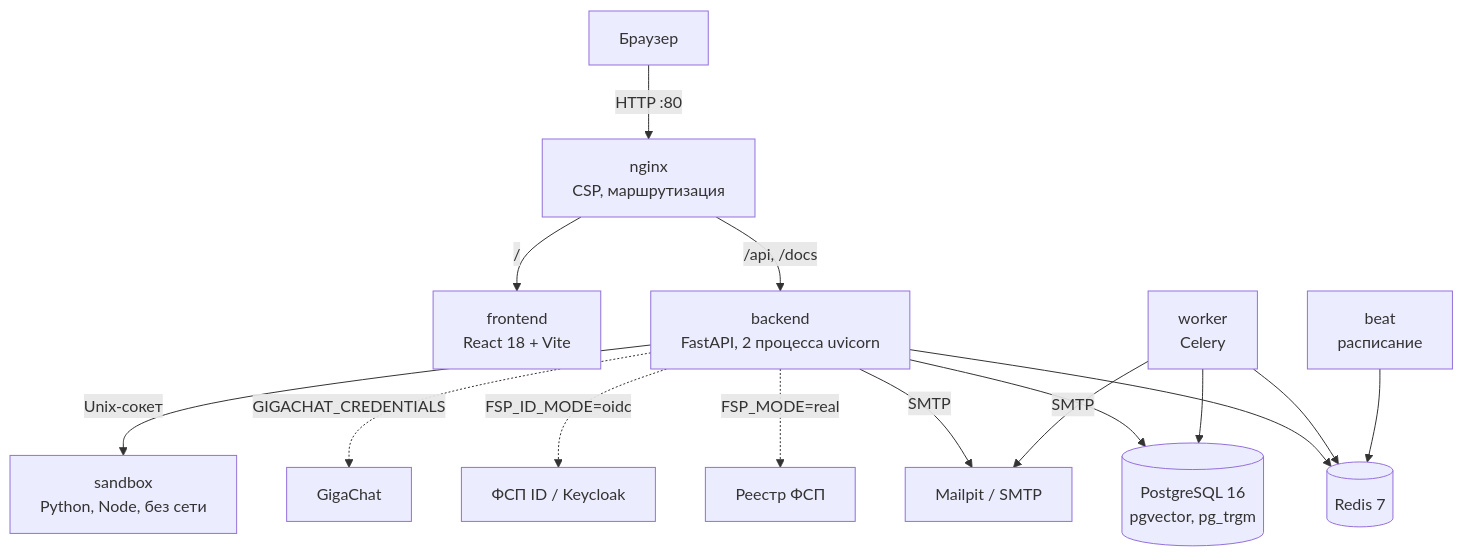
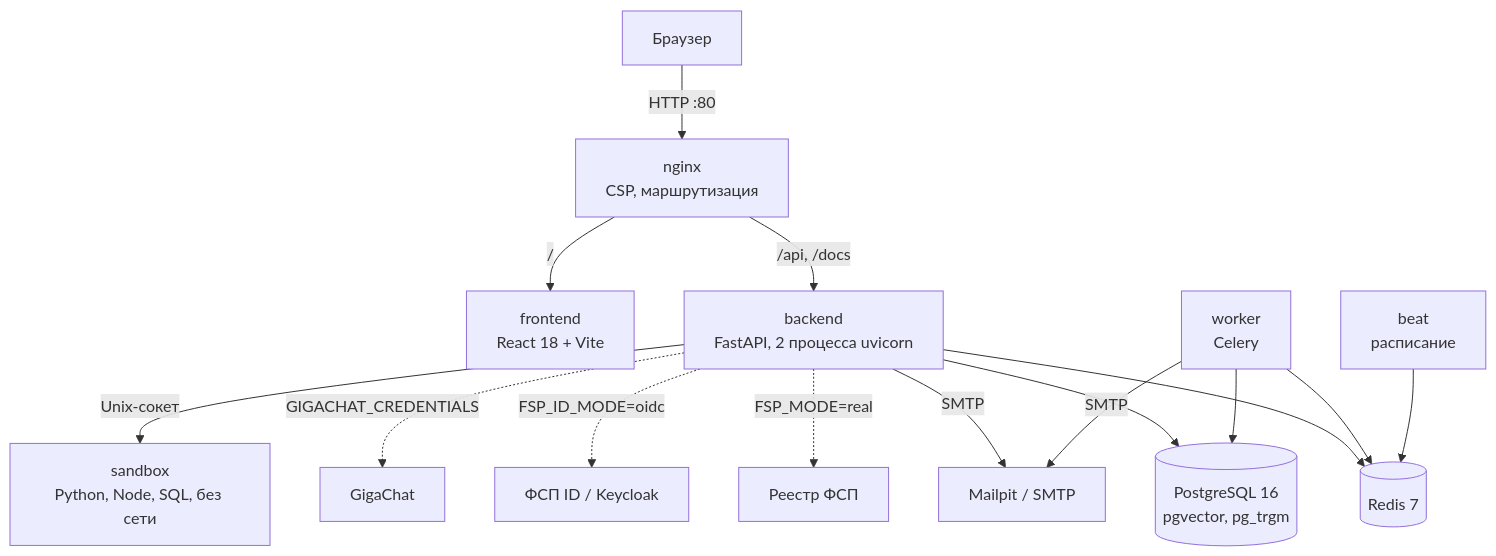
One commit to KonkovDV/fsp-talent changed the second of 2 diagrams in docs/SOLUTION.md. Above: the diagram before and after it, drawn with Mermaid. The commit also changed other lines of this file and 6 other files, not shown here.

First line of the commit message:
Запускать один SELECT в песочнице без сети

````diff
--- a/docs/SOLUTION.md
+++ b/docs/SOLUTION.md
@@ -65,17 +65,17 @@
 ```mermaid
 flowchart TB
   U[Браузер] -->|HTTP :80| NG[nginx<br/>CSP, маршрутизация]
   NG -->|/| FE[frontend<br/>React 18 + Vite]
   NG -->|/api, /docs| BE[backend<br/>FastAPI, 2 процесса uvicorn]
   BE --> PG[(PostgreSQL 16<br/>pgvector, pg_trgm)]
   BE --> RD[(Redis 7)]
   WK[worker<br/>Celery] --> PG
   WK --> RD
   BT[beat<br/>расписание] --> RD
   BE -->|SMTP| MP[Mailpit / SMTP]
   WK -->|SMTP| MP
   BE -.->|FSP_MODE=real| REG[Реестр ФСП]
   BE -.->|FSP_ID_MODE=oidc| KC[ФСП ID / Keycloak]
   BE -.->|GIGACHAT_CREDENTIALS| GC[GigaChat]
-  BE -->|Unix-сокет| SB[sandbox<br/>Python, Node, без сети]
+  BE -->|Unix-сокет| SB[sandbox<br/>Python, Node, SQL, без сети]
 ```
````
